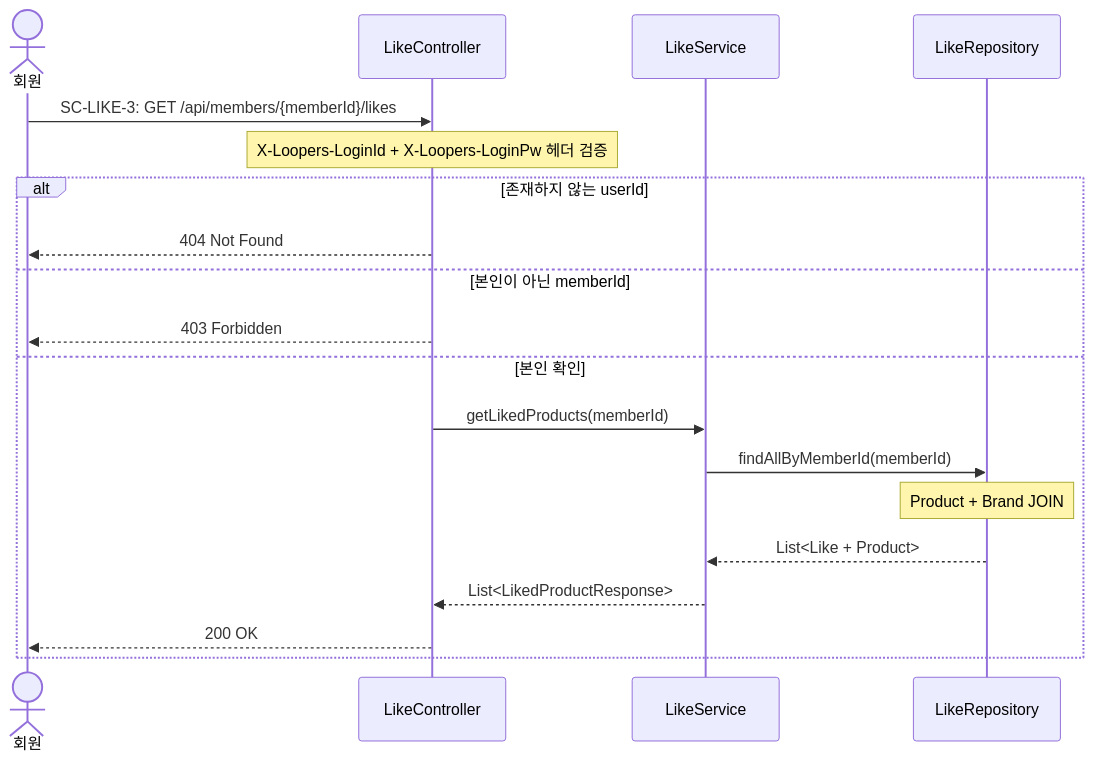
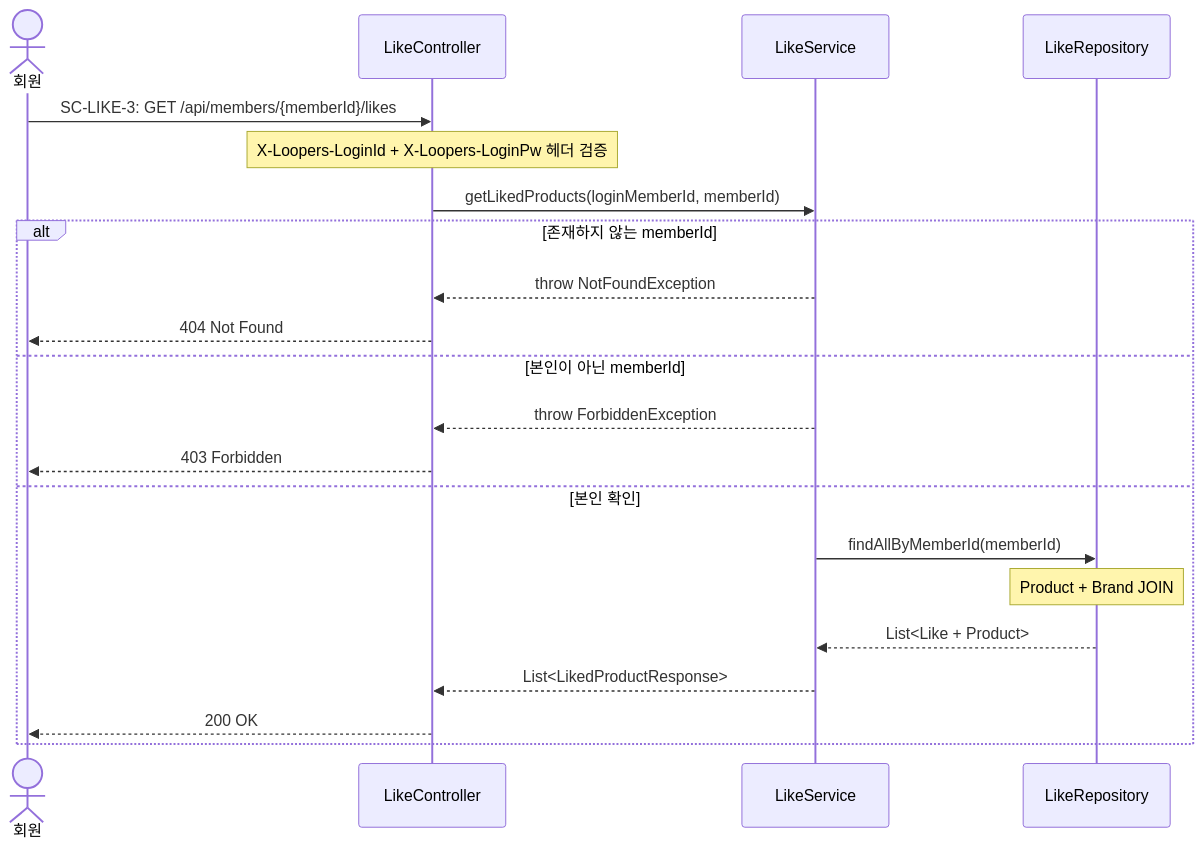
Before and after one commit to loopers-labs/loop-pack-be-l2-vol4-kotlin: diagram 27 of 41 in docs/02-sequence-diagrams.md, drawn with Mermaid. The commit also changed other lines of this file and 2 other files, not shown here.

Commit message:
:memo: 3차 클래스 다이어그램 일단 완료

````diff
--- a/docs/02-sequence-diagrams.md
+++ b/docs/02-sequence-diagrams.md
@@ -832,23 +837,26 @@
 ```mermaid
 sequenceDiagram
     actor Member as 회원
     participant Controller as LikeController
     participant Service as LikeService
     participant LikeRepo as LikeRepository
 
     Member->>Controller: SC-LIKE-3: GET /api/members/{memberId}/likes
     Note over Controller: X-Loopers-LoginId + X-Loopers-LoginPw 헤더 검증
 
-    alt 존재하지 않는 userId
+    Controller->>Service: getLikedProducts(loginMemberId, memberId)
+
+    alt 존재하지 않는 memberId
+        Service-->>Controller: throw NotFoundException
         Controller-->>Member: 404 Not Found
     else 본인이 아닌 memberId
+        Service-->>Controller: throw ForbiddenException
         Controller-->>Member: 403 Forbidden
     else 본인 확인
-        Controller->>Service: getLikedProducts(memberId)
         Service->>LikeRepo: findAllByMemberId(memberId)
         Note over LikeRepo: Product + Brand JOIN
         LikeRepo-->>Service: List<Like + Product>
         Service-->>Controller: List<LikedProductResponse>
         Controller-->>Member: 200 OK
     end
 ```
````
